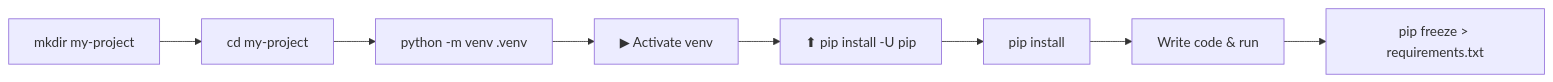
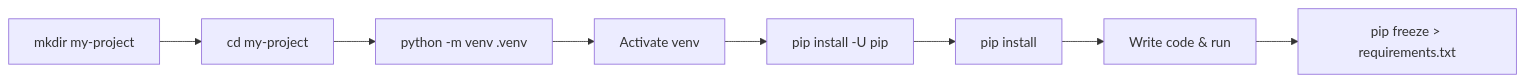
The seventh of 7 diagrams in pythonsetup.md (Manas-Dikshit/Python_Programming-Lab), drawn with Mermaid before and after one commit. The commit also changed other lines of this file, not shown here.

````diff
--- a/pythonsetup.md
+++ b/pythonsetup.md
@@ -398,10 +398,10 @@
 ```mermaid
 flowchart LR
     A[ mkdir my-project] --> B[cd my-project]
     B --> C[ python -m venv .venv]
-    C --> D[▶ Activate venv]
-    D --> E[⬆ pip install -U pip]
+    C --> D[ Activate venv]
+    D --> E[ pip install -U pip]
     E --> F[ pip install <deps>]
     F --> G[ Write code & run]
     G --> H[ pip freeze > requirements.txt]
 ```
````
